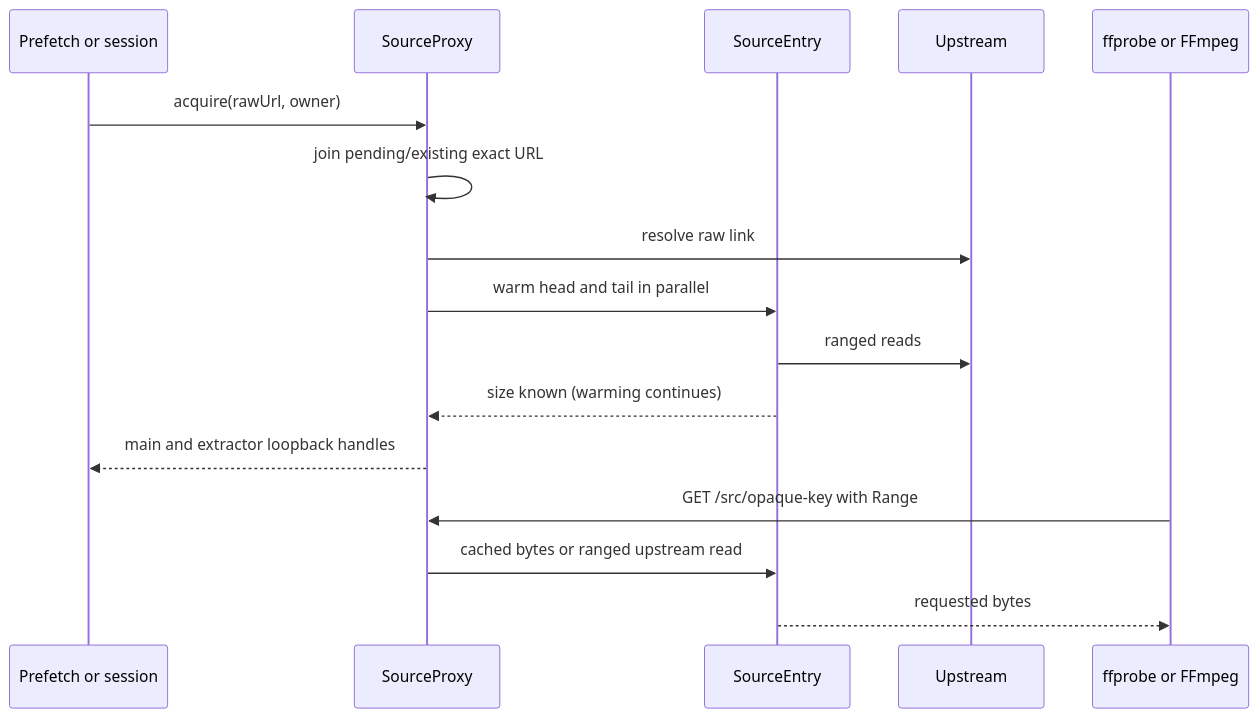
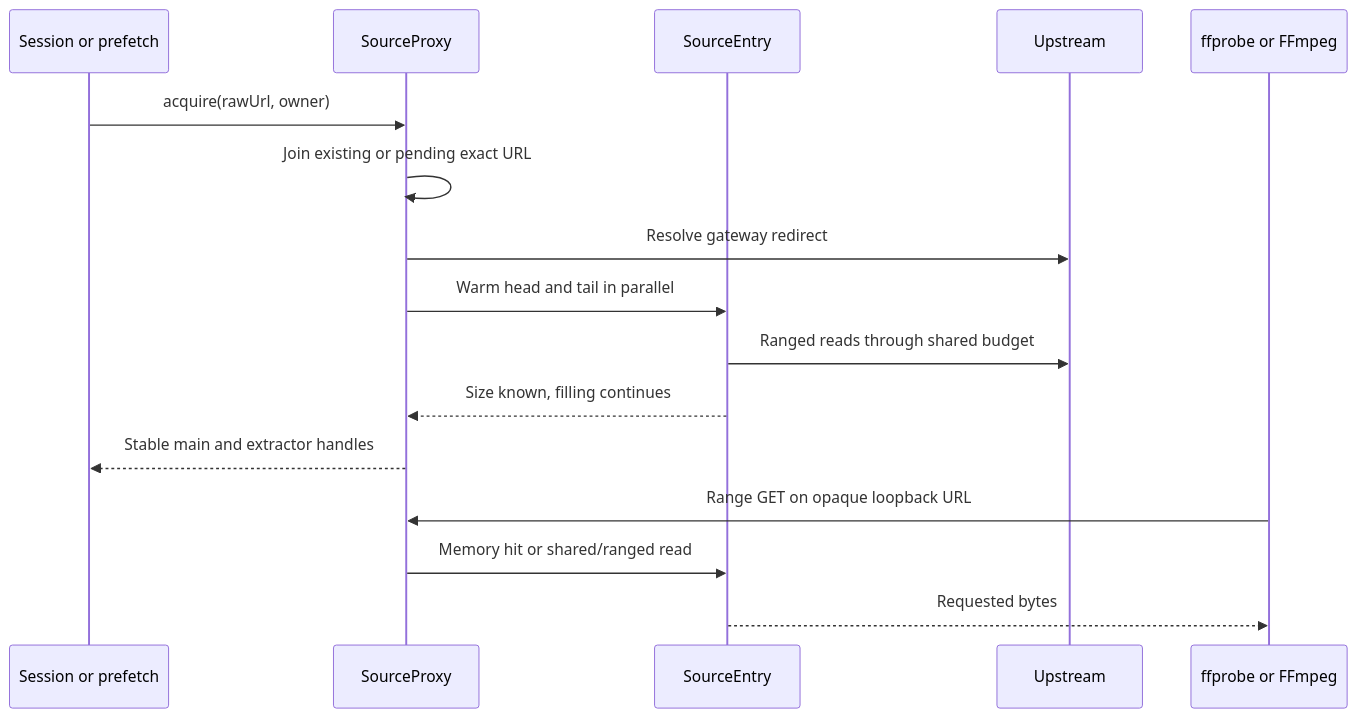
One commit to VeroxAUS/homestream changed the diagram in droid-wiki/systems/source-proxy.md. Above: the diagram before and after it, drawn with Mermaid. The commit also changed other lines of this file and 48 other files, not shown here.

````diff
--- a/droid-wiki/systems/source-proxy.md
+++ b/droid-wiki/systems/source-proxy.md
@@ -21,18 +22,18 @@
 ```mermaid
 sequenceDiagram
-    participant Owner as Prefetch or session
-    participant Proxy as SourceProxy
-    participant Entry as SourceEntry
-    participant CDN as Upstream
-    participant Worker as ffprobe or FFmpeg
-    Owner->>Proxy: acquire(rawUrl, owner)
-    Proxy->>Proxy: join pending/existing exact URL
-    Proxy->>CDN: resolve raw link
-    Proxy->>Entry: warm head and tail in parallel
-    Entry->>CDN: ranged reads
-    Entry-->>Proxy: size known (warming continues)
-    Proxy-->>Owner: main and extractor loopback handles
-    Worker->>Proxy: GET /src/opaque-key with Range
-    Proxy->>Entry: cached bytes or ranged upstream read
-    Entry-->>Worker: requested bytes
+    participant O as Session or prefetch
+    participant P as SourceProxy
+    participant E as SourceEntry
+    participant U as Upstream
+    participant W as ffprobe or FFmpeg
+    O->>P: acquire(rawUrl, owner)
+    P->>P: Join existing or pending exact URL
+    P->>U: Resolve gateway redirect
+    P->>E: Warm head and tail in parallel
+    E->>U: Ranged reads through shared budget
+    E-->>P: Size known, filling continues
+    P-->>O: Stable main and extractor handles
+    W->>P: Range GET on opaque loopback URL
+    P->>E: Memory hit or shared/ranged read
+    E-->>W: Requested bytes
 ```
````
